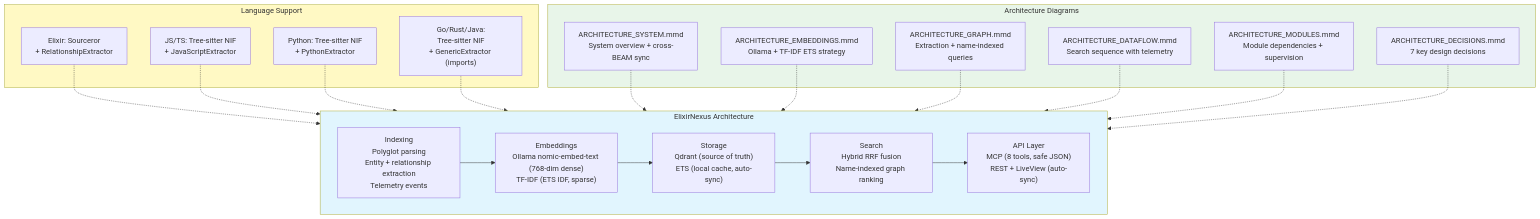
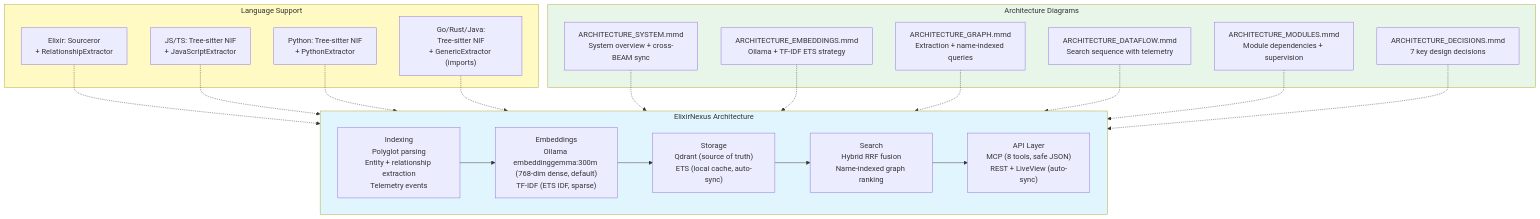
One commit to iksnerd/code-nexus changed the diagram in docs/ARCHITECTURE.mmd. Above: the diagram before and after it, drawn with Mermaid. The commit also changed 5 other files, not shown here.

```diff
--- a/docs/ARCHITECTURE.mmd
+++ b/docs/ARCHITECTURE.mmd
@@ -1,46 +1,46 @@
 graph TB
     subgraph Overview["ElixirNexus Architecture"]
         direction LR
         Index["Indexing<br/>Polyglot parsing<br/>Entity + relationship extraction<br/>Telemetry events"]
-        Embed["Embeddings<br/>Ollama nomic-embed-text (768-dim dense)<br/>TF-IDF (ETS IDF, sparse)"]
+        Embed["Embeddings<br/>Ollama embeddinggemma:300m (768-dim dense, default)<br/>TF-IDF (ETS IDF, sparse)"]
         Store["Storage<br/>Qdrant (source of truth)<br/>ETS (local cache, auto-sync)"]
         Search["Search<br/>Hybrid RRF fusion<br/>Name-indexed graph ranking"]
         API["API Layer<br/>MCP (8 tools, safe JSON)<br/>REST + LiveView (auto-sync)"]
     end
 
     subgraph Parsers["Language Support"]
         P1["Elixir: Sourceror<br/>+ RelationshipExtractor"]
         P2["JS/TS: Tree-sitter NIF<br/>+ JavaScriptExtractor"]
         P3["Python: Tree-sitter NIF<br/>+ PythonExtractor"]
         P4["Go/Rust/Java:<br/>Tree-sitter NIF<br/>+ GenericExtractor (imports)"]
     end
 
     subgraph Files["Architecture Diagrams"]
         F1["ARCHITECTURE_SYSTEM.mmd<br/>System overview + cross-BEAM sync"]
         F2["ARCHITECTURE_EMBEDDINGS.mmd<br/>Ollama + TF-IDF ETS strategy"]
         F3["ARCHITECTURE_GRAPH.mmd<br/>Extraction + name-indexed queries"]
         F4["ARCHITECTURE_DATAFLOW.mmd<br/>Search sequence with telemetry"]
         F5["ARCHITECTURE_MODULES.mmd<br/>Module dependencies + supervision"]
         F6["ARCHITECTURE_DECISIONS.mmd<br/>7 key design decisions"]
     end
 
     Index --> Embed
     Embed --> Store
     Store --> Search
     Search --> API
 
     P1 -.-> Index
     P2 -.-> Index
     P3 -.-> Index
     P4 -.-> Index
 
     F1 -.-> Index
     F2 -.-> Embed
     F3 -.-> Search
     F4 -.-> Search
     F5 -.-> API
     F6 -.-> Store
 
     style Overview fill:#e1f5fe
     style Parsers fill:#fff9c4
     style Files fill:#e8f5e9
```
